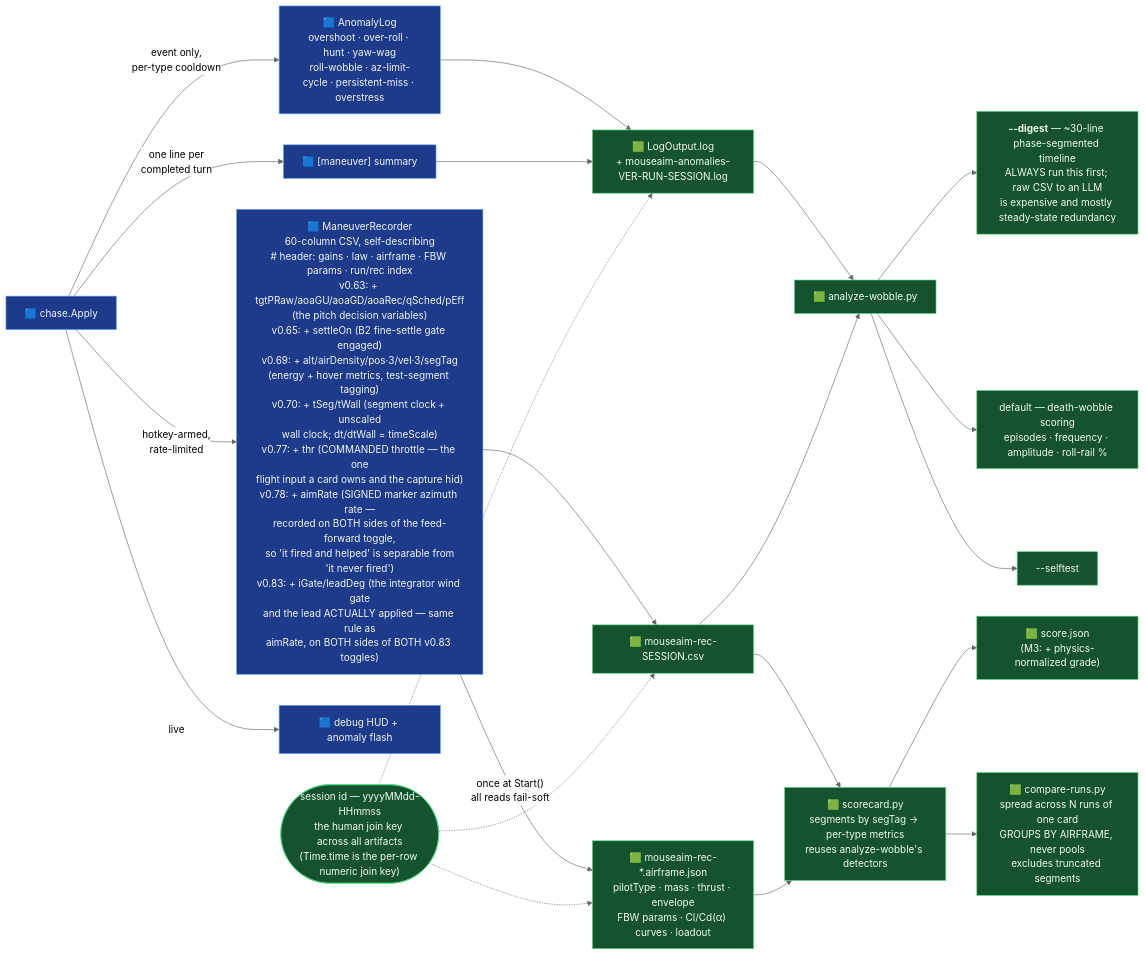
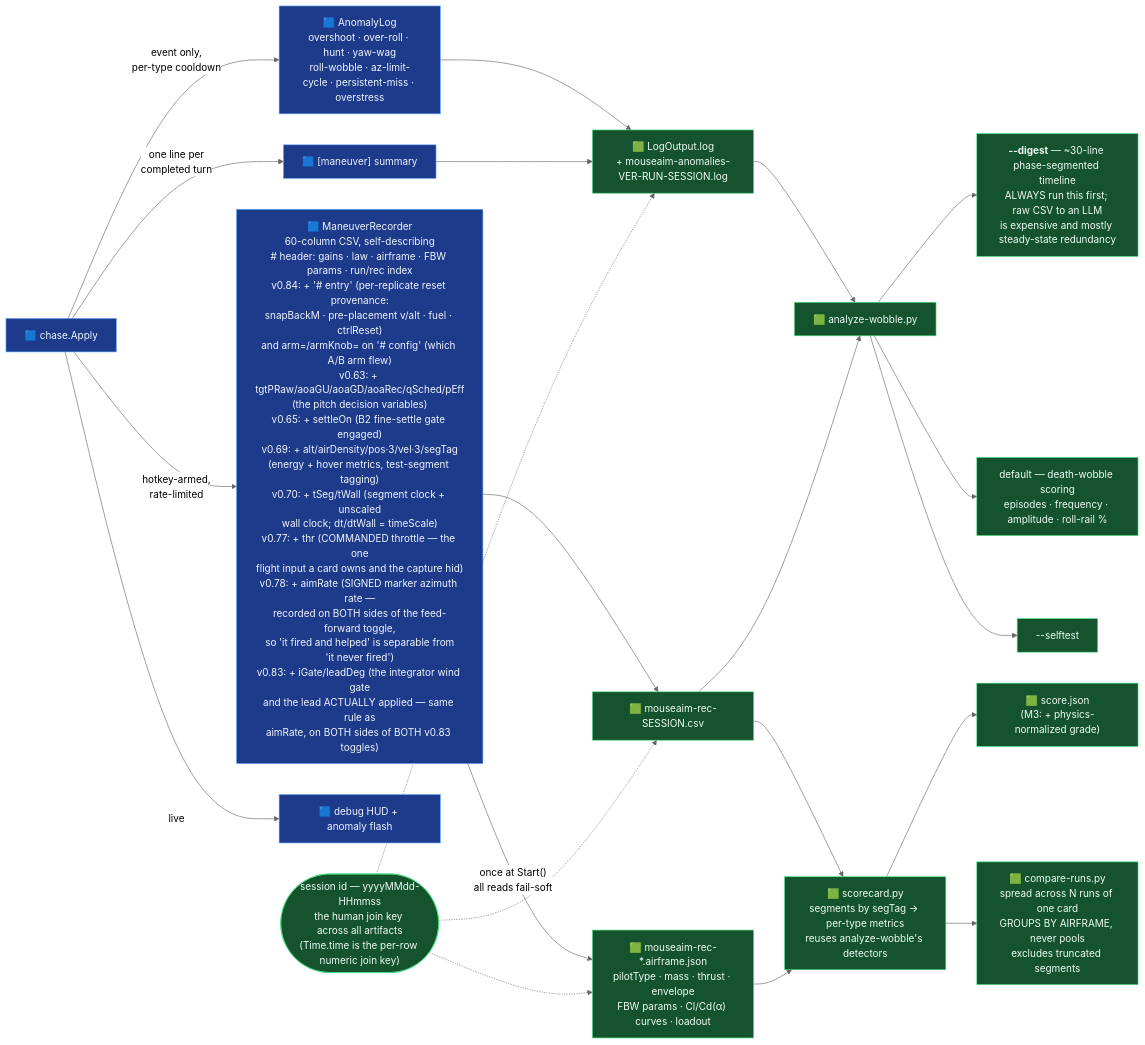
The sixth of 8 diagrams in ARCHITECTURE.md (cosistra/wt-mouse-aim), drawn with Mermaid (neutral theme) before and after one commit. The commit also changed other lines of this file and 6 other files, not shown here.

````diff
--- a/ARCHITECTURE.md
+++ b/ARCHITECTURE.md
@@ -424,34 +426,34 @@
 ```mermaid
 flowchart LR
     chase["🟦 chase.Apply"]
 
     chase -->|"event only,<br/>per-type cooldown"| an["🟦 AnomalyLog<br/>overshoot · over-roll · hunt · yaw-wag<br/>roll-wobble · az-limit-cycle · persistent-miss · overstress"]
     chase -->|"one line per<br/>completed turn"| mv["🟦 [maneuver] summary"]
-    chase -->|"hotkey-armed,<br/>rate-limited"| rec["🟦 ManeuverRecorder<br/>60-column CSV, self-describing<br/># header: gains · law · airframe · FBW params · run/rec index<br/>v0.63: + tgtPRaw/aoaGU/aoaGD/aoaRec/qSched/pEff<br/>(the pitch decision variables)<br/>v0.65: + settleOn (B2 fine-settle gate engaged)<br/>v0.69: + alt/airDensity/pos·3/vel·3/segTag<br/>(energy + hover metrics, test-segment tagging)<br/>v0.70: + tSeg/tWall (segment clock + unscaled<br/>wall clock; dt/dtWall = timeScale)<br/>v0.77: + thr (COMMANDED throttle — the one<br/>flight input a card owns and the capture hid)<br/>v0.78: + aimRate (SIGNED marker azimuth rate —<br/>recorded on BOTH sides of the feed-forward toggle,<br/>so 'it fired and helped' is separable from<br/>'it never fired')<br/>v0.83: + iGate/leadDeg (the integrator wind gate<br/>and the lead ACTUALLY applied — same rule as<br/>aimRate, on BOTH sides of BOTH v0.83 toggles)"]
+    chase -->|"hotkey-armed,<br/>rate-limited"| rec["🟦 ManeuverRecorder<br/>60-column CSV, self-describing<br/># header: gains · law · airframe · FBW params · run/rec index<br/>v0.84: + '# entry' (per-replicate reset provenance:<br/>snapBackM · pre-placement v/alt · fuel · ctrlReset)<br/>and arm=/armKnob= on '# config' (which A/B arm flew)<br/>v0.63: + tgtPRaw/aoaGU/aoaGD/aoaRec/qSched/pEff<br/>(the pitch decision variables)<br/>v0.65: + settleOn (B2 fine-settle gate engaged)<br/>v0.69: + alt/airDensity/pos·3/vel·3/segTag<br/>(energy + hover metrics, test-segment tagging)<br/>v0.70: + tSeg/tWall (segment clock + unscaled<br/>wall clock; dt/dtWall = timeScale)<br/>v0.77: + thr (COMMANDED throttle — the one<br/>flight input a card owns and the capture hid)<br/>v0.78: + aimRate (SIGNED marker azimuth rate —<br/>recorded on BOTH sides of the feed-forward toggle,<br/>so 'it fired and helped' is separable from<br/>'it never fired')<br/>v0.83: + iGate/leadDeg (the integrator wind gate<br/>and the lead ACTUALLY applied — same rule as<br/>aimRate, on BOTH sides of BOTH v0.83 toggles)"]
     chase -->|"live"| hud["🟦 debug HUD + anomaly flash"]
 
     an --> logf["🟩 LogOutput.log<br/>+ mouseaim-anomalies-VER-RUN-SESSION.log"]
     mv --> logf
     rec --> csvf["🟩 mouseaim-rec-SESSION.csv"]
     rec -->|"once at Start()<br/>all reads fail-soft"| sidef["🟩 mouseaim-rec-*.airframe.json<br/>pilotType · mass · thrust · envelope<br/>FBW params · Cl/Cd(α) curves · loadout"]
 
     logf --> tool["🟩 analyze-wobble.py"]
     csvf --> tool
     csvf --> sc["🟩 scorecard.py<br/>segments by segTag → per-type metrics<br/>reuses analyze-wobble's detectors"]
     sidef --> sc
     sc --> scj["🟩 score.json<br/>(M3: + physics-normalized grade)"]
     sc --> cmp["🟩 compare-runs.py<br/>spread across N runs of one card<br/>GROUPS BY AIRFRAME, never pools<br/>excludes truncated segments"]
     tool --> d1["<b>--digest</b> — ~30-line phase-segmented timeline<br/>ALWAYS run this first; raw CSV to an LLM<br/>is expensive and mostly steady-state redundancy"]
     tool --> d2["default — death-wobble scoring<br/>episodes · frequency · amplitude · roll-rail %"]
     tool --> d3["--selftest"]
 
     sess(["session id — yyyyMMdd-HHmmss<br/>the human join key across all artifacts<br/>(Time.time is the per-row numeric join key)"])
     sess -.-> logf
     sess -.-> csvf
     sess -.-> sidef
 
     classDef mod fill:#1e3a8a,stroke:#60a5fa,color:#eff6ff
     classDef art fill:#14532d,stroke:#4ade80,color:#f0fdf4
     class chase,an,mv,rec,hud mod
     class logf,csvf,sidef,tool,sc,scj,cmp,d1,d2,d3,sess art
 ```
````
